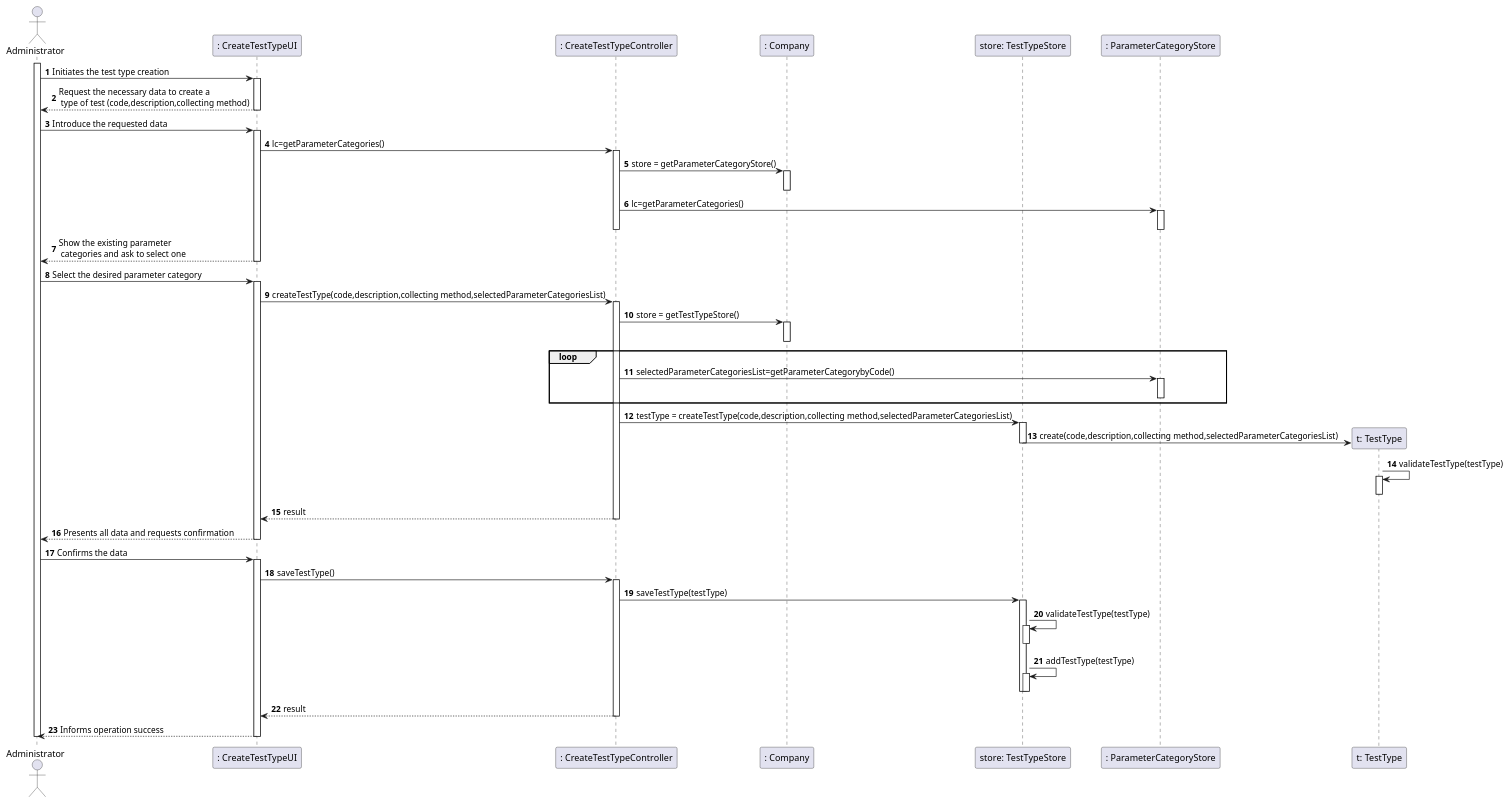
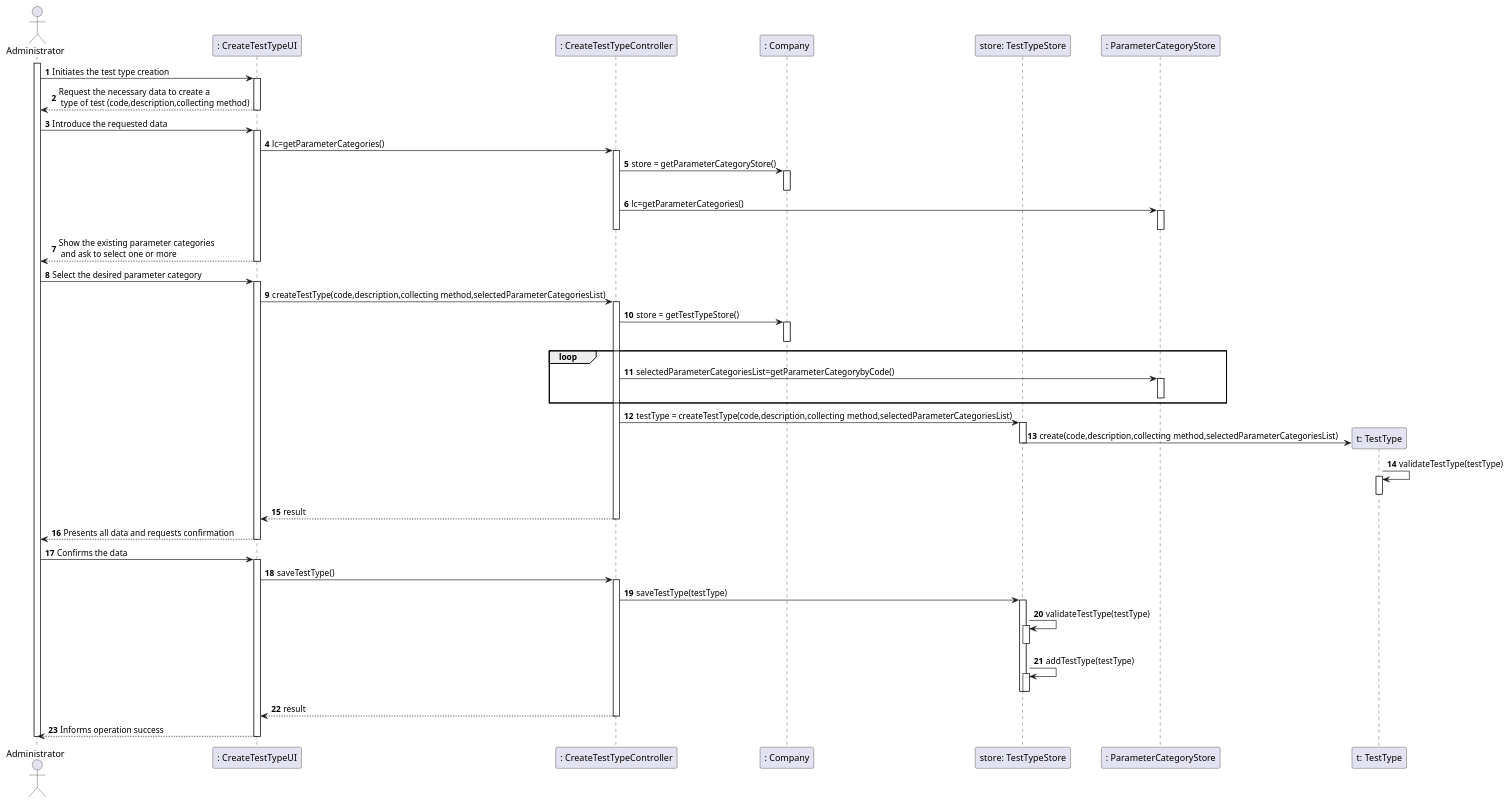
One commit to manu-07-ela/LAPR2_ISEP changed the diagram in docs/SprintB/US09/US09_SD.puml. Above: the diagram before and after it, drawn with PlantUML. The commit also changed 3 other files, not shown here.

```diff
--- a/docs/SprintB/US09/US09_SD.puml
+++ b/docs/SprintB/US09/US09_SD.puml
@@ -1,80 +1,80 @@
 @startuml
 autonumber
 'hide footbox
 actor "Administrator" as Adm
 
 participant ": CreateTestTypeUI" as UI
 participant ": CreateTestTypeController" as CTRL
 participant ": Company" as Comp
 participant "store: TestTypeStore" as str
 participant ": ParameterCategoryStore" as PC
 participant "t: TestType" as TT
 
 activate Adm
 Adm -> UI : Initiates the test type creation
 activate UI
 UI --> Adm : Request the necessary data to create a\n type of test (code,description,collecting method)
 deactivate UI
 
 Adm -> UI : Introduce the requested data
 activate UI
 UI -> CTRL : lc=getParameterCategories()
 activate CTRL
 CTRL -> Comp : store = getParameterCategoryStore()
 activate Comp
 deactivate Comp
 CTRL -> PC : lc=getParameterCategories()
 activate PC
 deactivate PC
 deactivate CTRL
-UI --> Adm : Show the existing parameter\n categories and ask to select one
+UI --> Adm : Show the existing parameter categories\n and ask to select one or more
 deactivate UI
 
 Adm -> UI : Select the desired parameter category
 activate UI
 UI -> CTRL : createTestType(code,description,collecting method,selectedParameterCategoriesList)
 activate CTRL
 CTRL -> Comp : store = getTestTypeStore()
 activate Comp
 deactivate Comp
 loop
 CTRL -> PC : selectedParameterCategoriesList=getParameterCategorybyCode()
 activate PC
 deactivate PC
 end
 CTRL -> str : testType = createTestType(code,description,collecting method,selectedParameterCategoriesList)
 activate str
 str -> TT** : create(code,description,collecting method,selectedParameterCategoriesList)
 deactivate str
 TT -> TT : validateTestType(testType)
 activate TT
 deactivate TT
 CTRL --> UI: result
 deactivate CTRL
 UI --> Adm : Presents all data and requests confirmation
 deactivate UI
 
 Adm -> UI: Confirms the data
 activate UI
 UI -> CTRL: saveTestType()
 activate CTRL
 CTRL -> str : saveTestType(testType)
 activate str
 str -> str : validateTestType(testType)
 activate str
 deactivate str
 str ->str : addTestType(testType)
 activate str
 deactivate str
 deactivate str
 CTRL --> UI: result
 deactivate CTRL
 UI --> Adm : Informs operation success
 deactivate UI
 
 deactivate Adm
 
 
 
 
 @enduml
```
